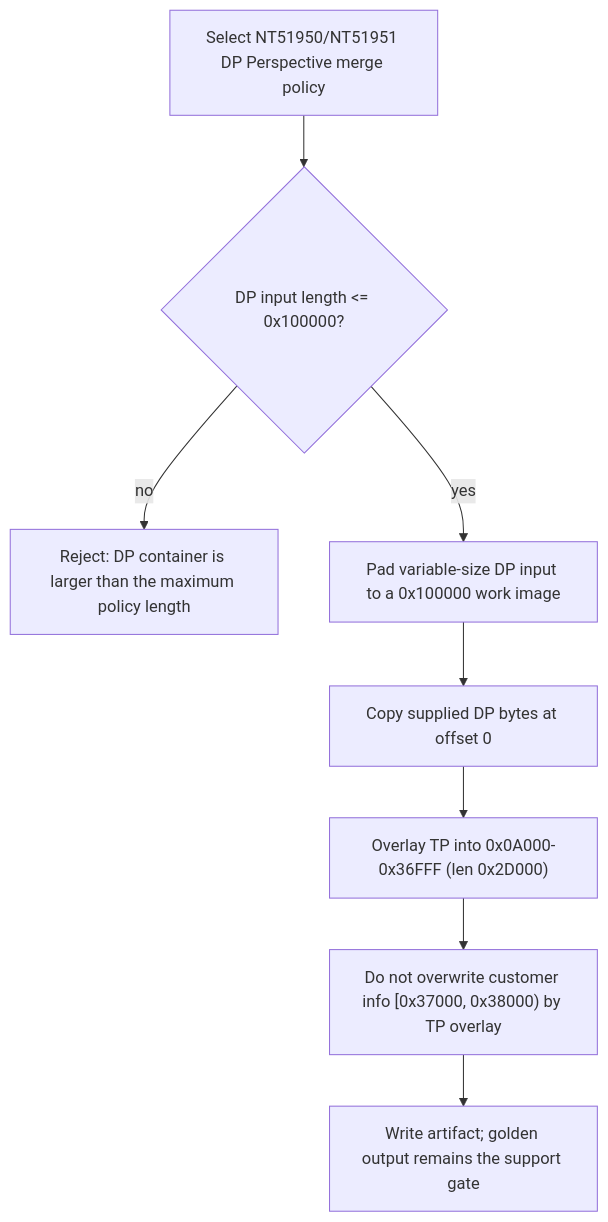
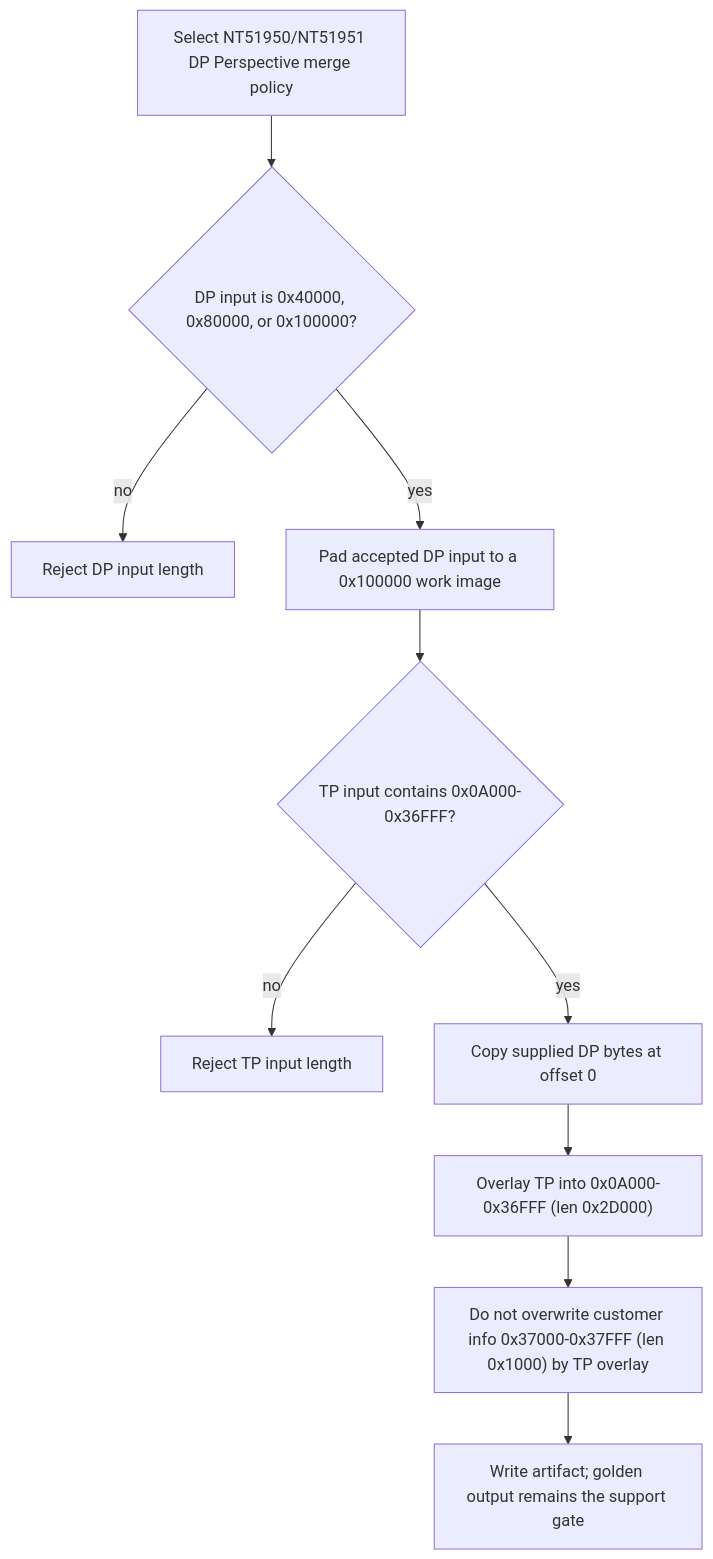
The fourth of 12 diagrams in docs/architecture/ic-workflow-flowcharts.md (Dennis40816/nvt_fw_combiner), drawn with Mermaid before and after one commit. The commit also changed other lines of this file and 22 other files, not shown here.

````diff
--- a/docs/architecture/ic-workflow-flowcharts.md
+++ b/docs/architecture/ic-workflow-flowcharts.md
@@ -107,10 +107,12 @@
 ```mermaid
 flowchart TD
-    A["Select NT51950/NT51951 DP Perspective merge policy"] --> B{"DP input length <= 0x100000?"}
-    B -- "no" --> C["Reject: DP container is larger than the maximum policy length"]
-    B -- "yes" --> D["Pad variable-size DP input to a 0x100000 work image"]
-    D --> E["Copy supplied DP bytes at offset 0"]
-    E --> F["Overlay TP into 0x0A000-0x36FFF (len 0x2D000)"]
-    F --> G["Do not overwrite customer info [0x37000, 0x38000) by TP overlay"]
-    G --> H["Write artifact; golden output remains the support gate"]
+    A["Select NT51950/NT51951 DP Perspective merge policy"] --> B{"DP input is 0x40000, 0x80000, or 0x100000?"}
+    B -- "no" --> C["Reject DP input length"]
+    B -- "yes" --> D["Pad accepted DP input to a 0x100000 work image"]
+    D --> E{"TP input contains 0x0A000-0x36FFF?"}
+    E -- "no" --> F["Reject TP input length"]
+    E -- "yes" --> G["Copy supplied DP bytes at offset 0"]
+    G --> H["Overlay TP into 0x0A000-0x36FFF (len 0x2D000)"]
+    H --> I["Do not overwrite customer info 0x37000-0x37FFF (len 0x1000) by TP overlay"]
+    I --> J["Write artifact; golden output remains the support gate"]
 ```
````
